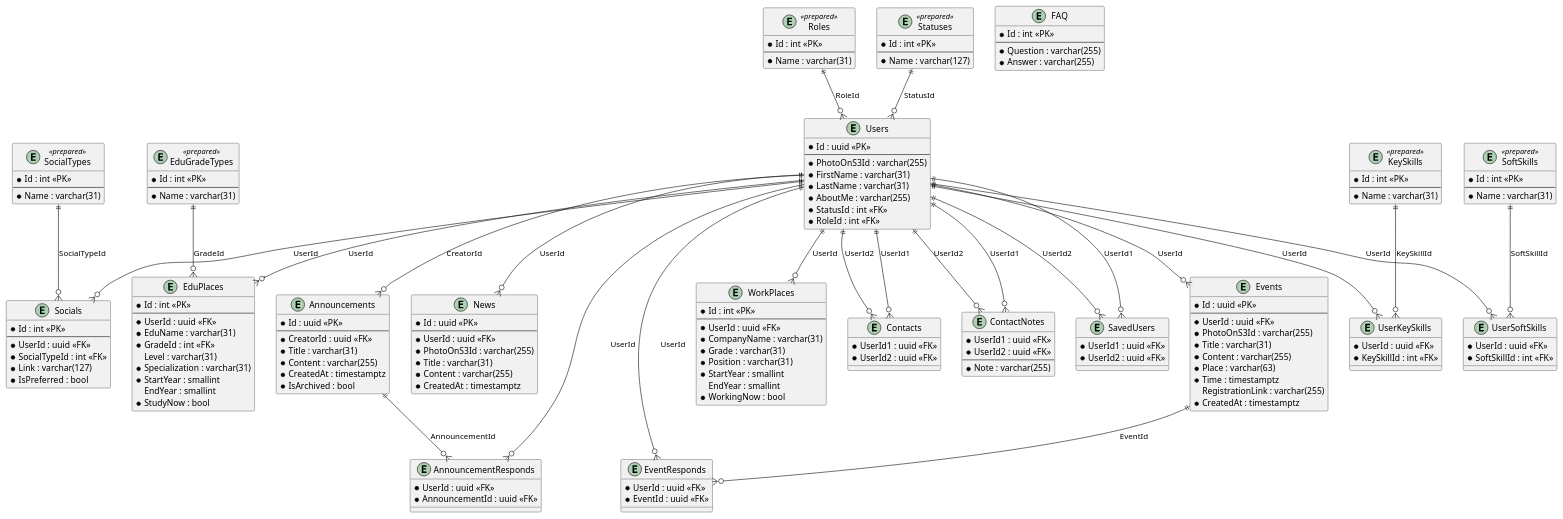
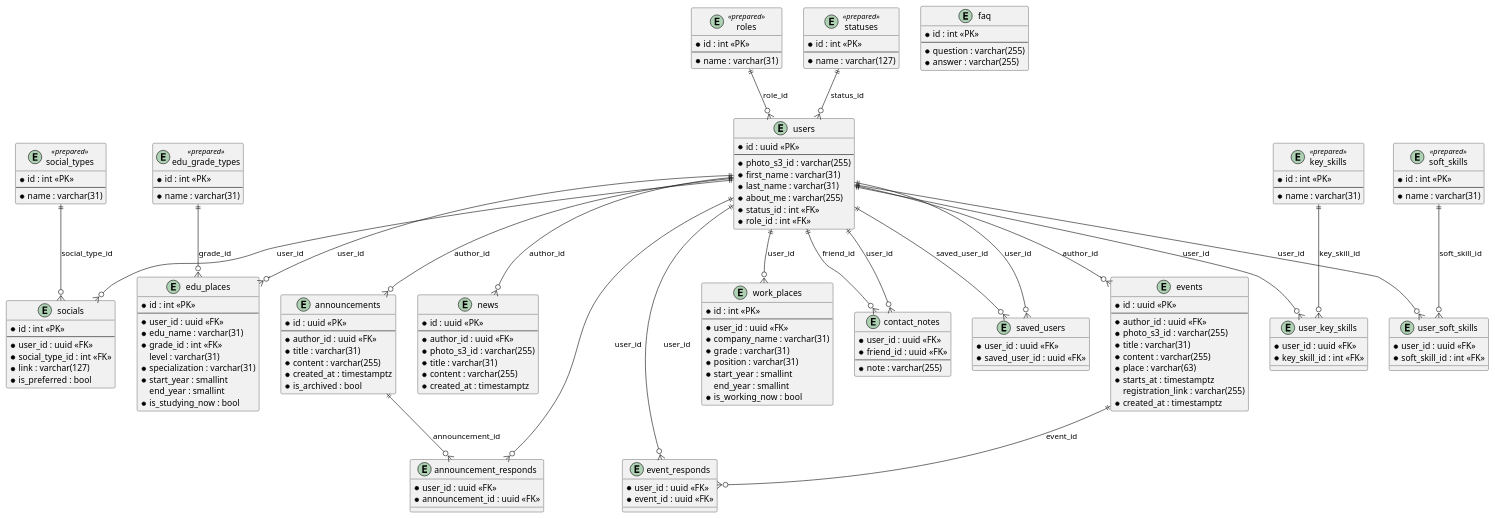
The diagram in docs/database.puml (RuslanKarabalin/cu-faculty-backend), drawn with PlantUML before and after one commit.

Commit message:
feat: improve database schema

```diff
--- a/docs/database.puml
+++ b/docs/database.puml
@@ -1,200 +1,192 @@
-@startuml DB Schema
+@startuml database
 
-entity "Roles" <<prepared>> {
-  * Id : int <<PK>>
+entity "roles" <<prepared>> {
+  * id : int <<PK>>
   --
-  * Name : varchar(31)
+  * name : varchar(31)
 }
 
-entity "Statuses" <<prepared>> {
-  * Id : int <<PK>>
+entity "statuses" <<prepared>> {
+  * id : int <<PK>>
   --
-  * Name : varchar(127)
+  * name : varchar(127)
 }
 
-entity "SocialTypes" <<prepared>> {
-  * Id : int <<PK>>
+entity "social_types" <<prepared>> {
+  * id : int <<PK>>
   --
-  * Name : varchar(31)
+  * name : varchar(31)
 }
 
-entity "EduGradeTypes" <<prepared>> {
-  * Id : int <<PK>>
+entity "edu_grade_types" <<prepared>> {
+  * id : int <<PK>>
   --
-  * Name : varchar(31)
+  * name : varchar(31)
 }
 
-entity "KeySkills" <<prepared>> {
-  * Id : int <<PK>>
+entity "key_skills" <<prepared>> {
+  * id : int <<PK>>
   --
-  * Name : varchar(31)
+  * name : varchar(31)
 }
 
-entity "SoftSkills" <<prepared>> {
-  * Id : int <<PK>>
+entity "soft_skills" <<prepared>> {
+  * id : int <<PK>>
   --
-  * Name : varchar(31)
+  * name : varchar(31)
 }
 
 
-entity "Users" {
-  * Id : uuid <<PK>>
+entity "users" {
+  * id : uuid <<PK>>
   --
-  * PhotoOnS3Id : varchar(255)
-  * FirstName : varchar(31)
-  * LastName : varchar(31)
-  * AboutMe : varchar(255)
-  * StatusId : int <<FK>>
-  * RoleId : int <<FK>>
+  * photo_s3_id : varchar(255)
+  * first_name : varchar(31)
+  * last_name : varchar(31)
+  * about_me : varchar(255)
+  * status_id : int <<FK>>
+  * role_id : int <<FK>>
 }
 
-entity "Socials" {
-  * Id : int <<PK>>
+entity "socials" {
+  * id : int <<PK>>
   --
-  * UserId : uuid <<FK>>
-  * SocialTypeId : int <<FK>>
-  * Link : varchar(127)
-  * IsPreferred : bool
+  * user_id : uuid <<FK>>
+  * social_type_id : int <<FK>>
+  * link : varchar(127)
+  * is_preferred : bool
 }
 
-entity "WorkPlaces" {
-  * Id : int <<PK>>
+entity "work_places" {
+  * id : int <<PK>>
   --
-  * UserId : uuid <<FK>>
-  * CompanyName : varchar(31)
-  * Grade : varchar(31)
-  * Position : varchar(31)
-  * StartYear : smallint
-  EndYear : smallint
-  * WorkingNow : bool
+  * user_id : uuid <<FK>>
+  * company_name : varchar(31)
+  * grade : varchar(31)
+  * position : varchar(31)
+  * start_year : smallint
+  end_year : smallint
+  * is_working_now : bool
 }
 
-entity "EduPlaces" {
-  * Id : int <<PK>>
+entity "edu_places" {
+  * id : int <<PK>>
   --
-  * UserId : uuid <<FK>>
-  * EduName : varchar(31)
-  * GradeId : int <<FK>>
-  Level : varchar(31)
-  * Specialization : varchar(31)
-  * StartYear : smallint
-  EndYear : smallint
-  * StudyNow : bool
+  * user_id : uuid <<FK>>
+  * edu_name : varchar(31)
+  * grade_id : int <<FK>>
+  level : varchar(31)
+  * specialization : varchar(31)
+  * start_year : smallint
+  end_year : smallint
+  * is_studying_now : bool
 }
 
-entity "FAQ" {
-  * Id : int <<PK>>
+entity "faq" {
+  * id : int <<PK>>
   --
-  * Question : varchar(255)
-  * Answer : varchar(255)
+  * question : varchar(255)
+  * answer : varchar(255)
 }
 
-entity "Announcements" {
-  * Id : uuid <<PK>>
+entity "announcements" {
+  * id : uuid <<PK>>
   --
-  * CreatorId : uuid <<FK>>
-  * Title : varchar(31)
-  * Content : varchar(255)
-  * CreatedAt : timestamptz
-  * IsArchived : bool
+  * author_id : uuid <<FK>>
+  * title : varchar(31)
+  * content : varchar(255)
+  * created_at : timestamptz
+  * is_archived : bool
 }
 
-entity "News" {
-  * Id : uuid <<PK>>
+entity "news" {
+  * id : uuid <<PK>>
   --
-  * UserId : uuid <<FK>>
-  * PhotoOnS3Id : varchar(255)
-  * Title : varchar(31)
-  * Content : varchar(255)
-  * CreatedAt : timestamptz
+  * author_id : uuid <<FK>>
+  * photo_s3_id : varchar(255)
+  * title : varchar(31)
+  * content : varchar(255)
+  * created_at : timestamptz
 }
 
-entity "Events" {
-  * Id : uuid <<PK>>
+entity "events" {
+  * id : uuid <<PK>>
   --
-  * UserId : uuid <<FK>>
-  * PhotoOnS3Id : varchar(255)
-  * Title : varchar(31)
-  * Content : varchar(255)
-  * Place : varchar(63)
-  * Time : timestamptz
-  RegistrationLink : varchar(255)
-  * CreatedAt : timestamptz
+  * author_id : uuid <<FK>>
+  * photo_s3_id : varchar(255)
+  * title : varchar(31)
+  * content : varchar(255)
+  * place : varchar(63)
+  * starts_at : timestamptz
+  registration_link : varchar(255)
+  * created_at : timestamptz
 }
 
 
-entity "UserKeySkills" {
-  * UserId : uuid <<FK>>
-  * KeySkillId : int <<FK>>
+entity "user_key_skills" {
+  * user_id : uuid <<FK>>
+  * key_skill_id : int <<FK>>
 }
 
-entity "UserSoftSkills" {
-  * UserId : uuid <<FK>>
-  * SoftSkillId : int <<FK>>
+entity "user_soft_skills" {
+  * user_id : uuid <<FK>>
+  * soft_skill_id : int <<FK>>
 }
 
-entity "Contacts" {
-  * UserId1 : uuid <<FK>>
-  * UserId2 : uuid <<FK>>
+entity "contact_notes" {
+  * user_id : uuid <<FK>>
+  * friend_id : uuid <<FK>>
+  --
+  * note : varchar(255)
 }
 
-entity "ContactNotes" {
-  * UserId1 : uuid <<FK>>
-  * UserId2 : uuid <<FK>>
-  --
-  * Note : varchar(255)
+entity "saved_users" {
+  * user_id : uuid <<FK>>
+  * saved_user_id : uuid <<FK>>
 }
 
-entity "SavedUsers" {
-  * UserId1 : uuid <<FK>>
-  * UserId2 : uuid <<FK>>
+entity "announcement_responds" {
+  * user_id : uuid <<FK>>
+  * announcement_id : uuid <<FK>>
 }
 
-entity "AnnouncementResponds" {
-  * UserId : uuid <<FK>>
-  * AnnouncementId : uuid <<FK>>
-}
-
-entity "EventResponds" {
-  * UserId : uuid <<FK>>
-  * EventId : uuid <<FK>>
+entity "event_responds" {
+  * user_id : uuid <<FK>>
+  * event_id : uuid <<FK>>
 }
 
 
-Roles           ||--o{ Users                : "RoleId"
-Statuses        ||--o{ Users                : "StatusId"
+roles           ||--o{ users                : "role_id"
+statuses        ||--o{ users                : "status_id"
 
-Users           ||--o{ Socials              : "UserId"
-SocialTypes     ||--o{ Socials              : "SocialTypeId"
+users           ||--o{ socials              : "user_id"
+social_types    ||--o{ socials              : "social_type_id"
 
-Users           ||--o{ WorkPlaces           : "UserId"
+users           ||--o{ work_places          : "user_id"
 
-Users           ||--o{ EduPlaces            : "UserId"
-EduGradeTypes   ||--o{ EduPlaces            : "GradeId"
+users           ||--o{ edu_places           : "user_id"
+edu_grade_types ||--o{ edu_places           : "grade_id"
 
-Users           ||--o{ UserKeySkills        : "UserId"
-KeySkills       ||--o{ UserKeySkills        : "KeySkillId"
+users           ||--o{ user_key_skills      : "user_id"
+key_skills      ||--o{ user_key_skills      : "key_skill_id"
 
-Users           ||--o{ UserSoftSkills       : "UserId"
-SoftSkills      ||--o{ UserSoftSkills       : "SoftSkillId"
+users           ||--o{ user_soft_skills     : "user_id"
+soft_skills     ||--o{ user_soft_skills     : "soft_skill_id"
 
-Users           ||--o{ Contacts             : "UserId1"
-Users           ||--o{ Contacts             : "UserId2"
+users           ||--o{ contact_notes        : "user_id"
+users           ||--o{ contact_notes        : "friend_id"
 
-Users           ||--o{ ContactNotes         : "UserId1"
-Users           ||--o{ ContactNotes         : "UserId2"
+users           ||--o{ saved_users          : "user_id"
+users           ||--o{ saved_users          : "saved_user_id"
 
-Users           ||--o{ SavedUsers           : "UserId1"
-Users           ||--o{ SavedUsers           : "UserId2"
+users           ||--o{ announcements        : "author_id"
+announcements   ||--o{ announcement_responds : "announcement_id"
+users           ||--o{ announcement_responds : "user_id"
 
-Users           ||--o{ Announcements        : "CreatorId"
-Announcements   ||--o{ AnnouncementResponds : "AnnouncementId"
-Users           ||--o{ AnnouncementResponds : "UserId"
+users           ||--o{ news                 : "author_id"
 
-Users           ||--o{ News                 : "UserId"
-
-Users           ||--o{ Events               : "UserId"
-Events          ||--o{ EventResponds      : "EventId"
-Users           ||--o{ EventResponds      : "UserId"
+users           ||--o{ events               : "author_id"
+events          ||--o{ event_responds       : "event_id"
+users           ||--o{ event_responds       : "user_id"
 
 @enduml
```
